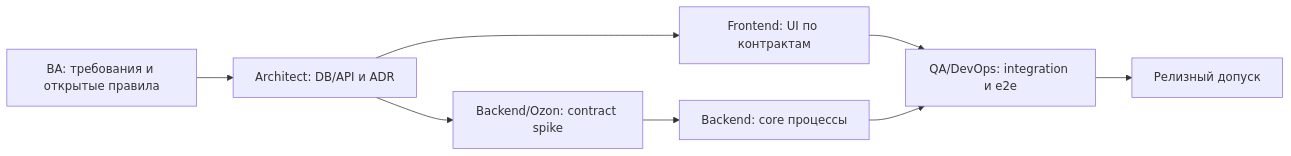
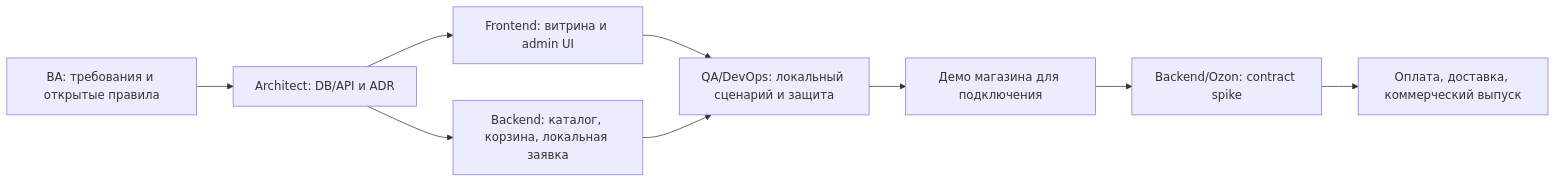
One commit to Povasin/ELTON-DECOR changed the diagram in docs/WORKFLOW.md. Above: the diagram before and after it, drawn with Mermaid. The commit also changed other lines of this file and 18 other files, not shown here.

Commit message:
docs: define stage 1 store foundation before Ozon integration

````diff
--- a/docs/WORKFLOW.md
+++ b/docs/WORKFLOW.md
@@ -11,10 +13,11 @@
 ```mermaid
 flowchart LR
   B[BA: требования и открытые правила] --> A[Architect: DB/API и ADR]
-  A --> O[Backend/Ozon: contract spike]
-  A --> F[Frontend: UI по контрактам]
-  O --> C[Backend: core процессы]
-  F --> Q[QA/DevOps: integration и e2e]
+  A --> F[Frontend: витрина и admin UI]
+  A --> C[Backend: каталог, корзина, локальная заявка]
+  F --> Q[QA/DevOps: локальный сценарий и защита]
   C --> Q
-  Q --> R[Релизный допуск]
+  Q --> R[Демо магазина для подключения]
+  R --> O[Backend/Ozon: contract spike]
+  O --> P[Оплата, доставка, коммерческий выпуск]
 ```
````
